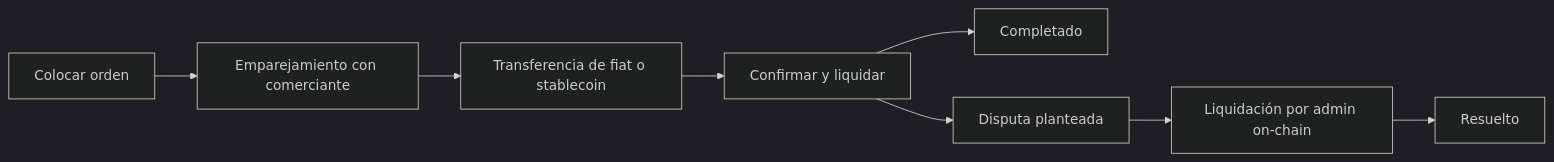
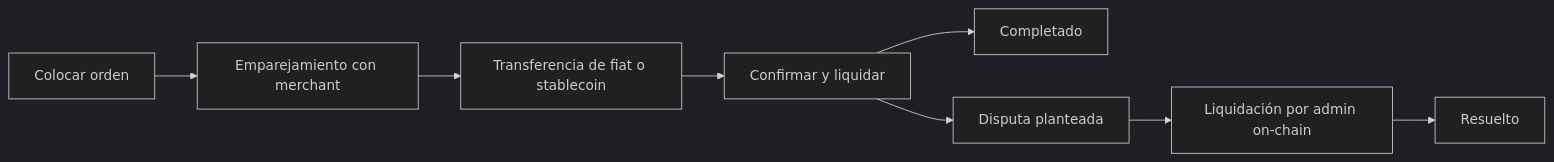
The diagram in translations/es/whitepaper/03-3-system-overview.md (p2pdotme/docs), drawn with Mermaid (dark theme) before and after one commit. The commit also changed other lines of this file and 9 other files, not shown here.

Commit message:
update: spanish translation from comerciante to merchant

````diff
--- a/translations/es/whitepaper/03-3-system-overview.md
+++ b/translations/es/whitepaper/03-3-system-overview.md
@@ -37,10 +37,10 @@
 ```mermaid
 flowchart LR
-    place[Colocar orden] --> match[Emparejamiento con comerciante]
+    place[Colocar orden] --> match[Emparejamiento con merchant]
     match --> transfer[Transferencia de fiat o stablecoin]
     transfer --> confirm[Confirmar y liquidar]
     confirm --> done[Completado]
     confirm --> dispute[Disputa planteada]
     dispute --> adminSettle[Liquidación por admin on-chain]
     adminSettle --> resolved[Resuelto]
 ```
````
